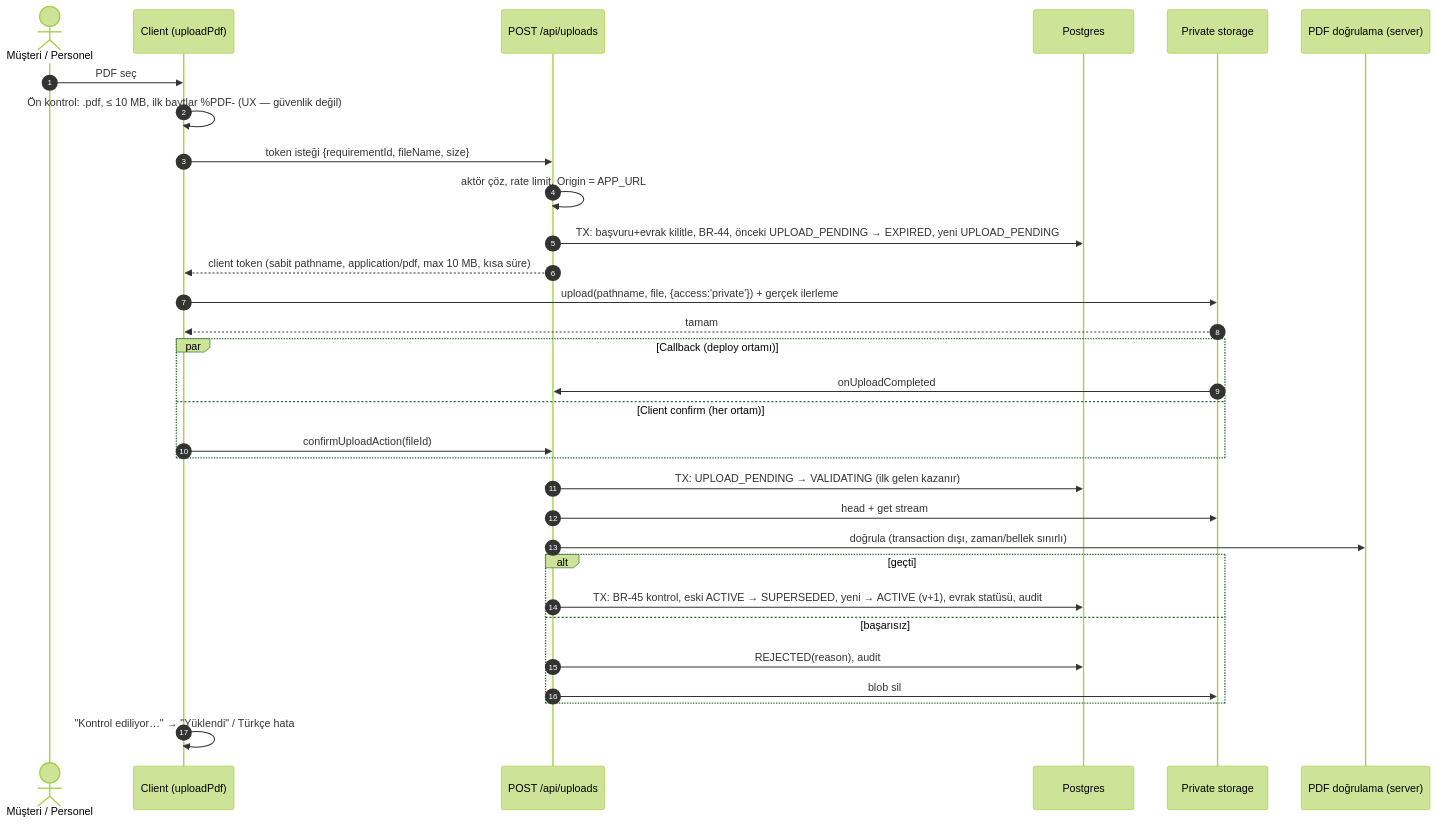
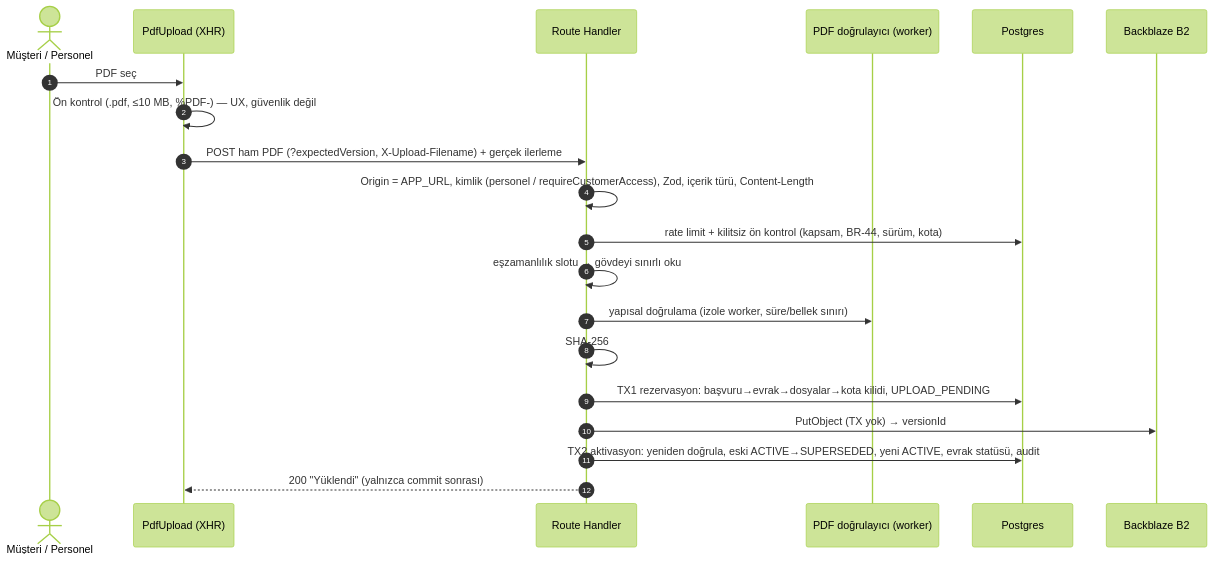
One commit to gokturkdogan/Cs-Global-Panel changed the diagram in docs/FILE_STORAGE.md. Above: the diagram before and after it, drawn with Mermaid (forest theme). The commit also changed other lines of this file and 93 other files, not shown here.

````diff
--- a/docs/FILE_STORAGE.md
+++ b/docs/FILE_STORAGE.md
@@ -22,34 +23,23 @@
 ```mermaid
 sequenceDiagram
     autonumber
     actor U as Müşteri / Personel
-    participant UI as Client (uploadPdf)
-    participant API as POST /api/uploads
+    participant UI as PdfUpload (XHR)
+    participant API as Route Handler
+    participant V as PDF doğrulayıcı (worker)
     participant DB as Postgres
-    participant ST as Private storage
-    participant V as PDF doğrulama (server)
+    participant ST as Backblaze B2
 
     U->>UI: PDF seç
-    UI->>UI: Ön kontrol: .pdf, ≤ 10 MB, ilk baytlar %PDF- (UX — güvenlik değil)
-    UI->>API: token isteği {requirementId, fileName, size}
-    API->>API: aktör çöz, rate limit, Origin = APP_URL
-    API->>DB: TX: başvuru+evrak kilitle, BR-44, önceki UPLOAD_PENDING → EXPIRED, yeni UPLOAD_PENDING
-    API-->>UI: client token (sabit pathname, application/pdf, max 10 MB, kısa süre)
-    UI->>ST: upload(pathname, file, {access:'private'}) + gerçek ilerleme
-    ST-->>UI: tamam
-    par Callback (deploy ortamı)
-        ST->>API: onUploadCompleted
-    and Client confirm (her ortam)
-        UI->>API: confirmUploadAction(fileId)
-    end
-    API->>DB: TX: UPLOAD_PENDING → VALIDATING (ilk gelen kazanır)
-    API->>ST: head + get stream
-    API->>V: doğrula (transaction dışı, zaman/bellek sınırlı)
-    alt geçti
-        API->>DB: TX: BR-45 kontrol, eski ACTIVE → SUPERSEDED, yeni → ACTIVE (v+1), evrak statüsü, audit
-    else başarısız
-        API->>DB: REJECTED(reason), audit
-        API->>ST: blob sil
-    end
-    UI->>UI: "Kontrol ediliyor…" → "Yüklendi" / Türkçe hata
+    UI->>UI: Ön kontrol (.pdf, ≤10 MB, %PDF-) — UX, güvenlik değil
+    UI->>API: POST ham PDF (?expectedVersion, X-Upload-Filename) + gerçek ilerleme
+    API->>API: Origin = APP_URL, kimlik (personel / requireCustomerAccess), Zod, içerik türü, Content-Length
+    API->>DB: rate limit + kilitsiz ön kontrol (kapsam, BR-44, sürüm, kota)
+    API->>API: eşzamanlılık slotu → gövdeyi sınırlı oku
+    API->>V: yapısal doğrulama (izole worker, süre/bellek sınırı)
+    API->>API: SHA-256
+    API->>DB: TX1 rezervasyon: başvuru→evrak→dosyalar→kota kilidi, UPLOAD_PENDING
+    API->>ST: PutObject (TX yok) → versionId
+    API->>DB: TX2 aktivasyon: yeniden doğrula, eski ACTIVE→SUPERSEDED, yeni ACTIVE, evrak statüsü, audit
+    API-->>UI: 200 "Yüklendi" (yalnızca commit sonrası)
 ```
````
